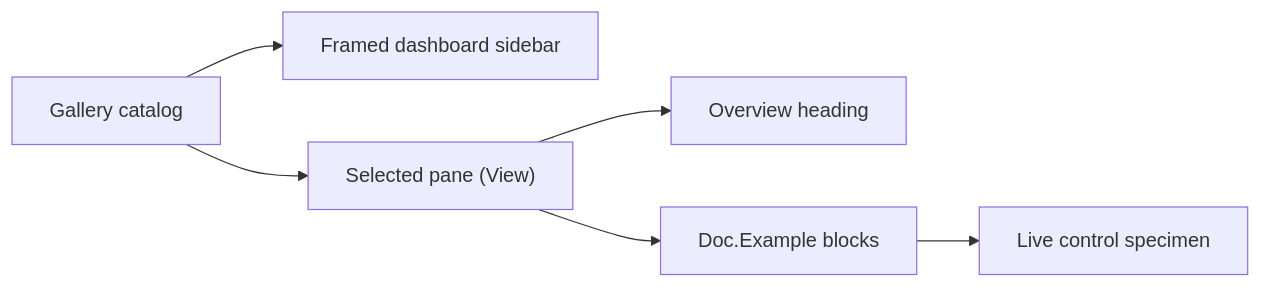
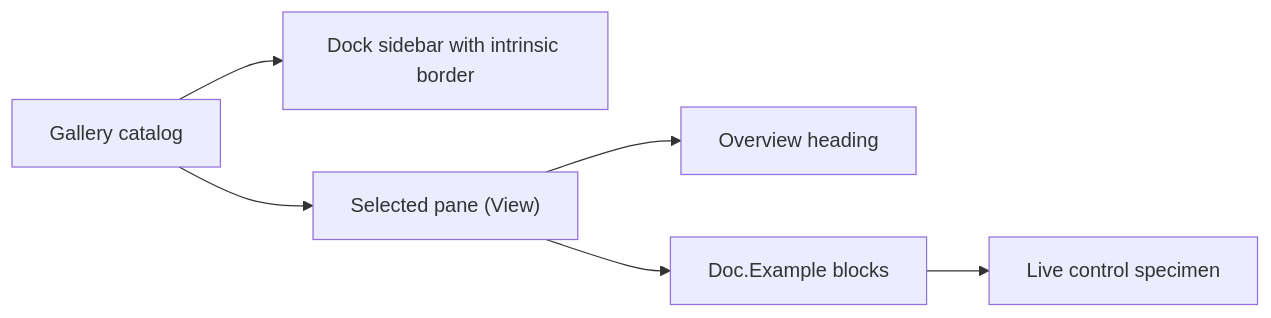
Before and after one commit to pavkam/sharp-vision: the diagram in docs/architecture/showcase.md, drawn with Mermaid. The commit also changed other lines of this file and 14 other files, not shown here.

Commit message:
refactor: remove Border control; border is intrinsic via BorderThickness

````diff
--- a/docs/architecture/showcase.md
+++ b/docs/architecture/showcase.md
@@ -8,8 +8,8 @@
 ```mermaid
 flowchart LR
-    Gallery["Gallery catalog"] --> Sidebar["Framed dashboard sidebar"]
+    Gallery["Gallery catalog"] --> Sidebar["Dock sidebar with intrinsic border"]
     Gallery --> Page["Selected pane (View)"]
     Page --> Overview["Overview heading"]
     Page --> Example["Doc.Example blocks"]
     Example --> Specimen["Live control specimen"]
 ```
````
